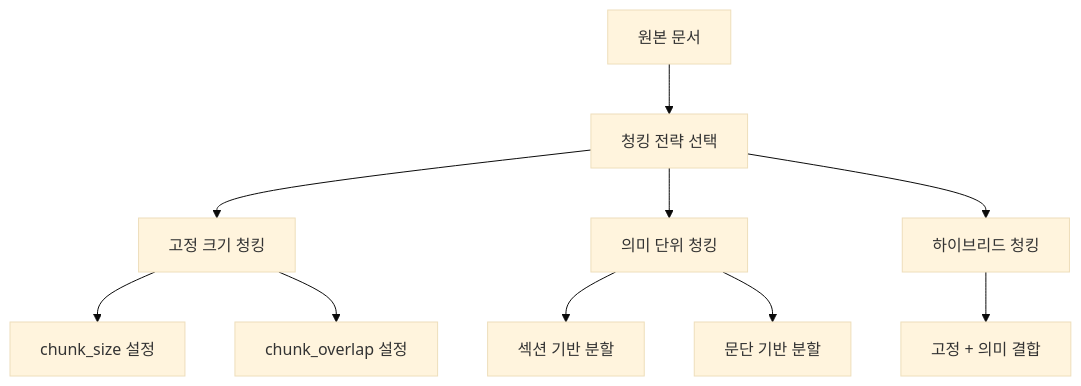
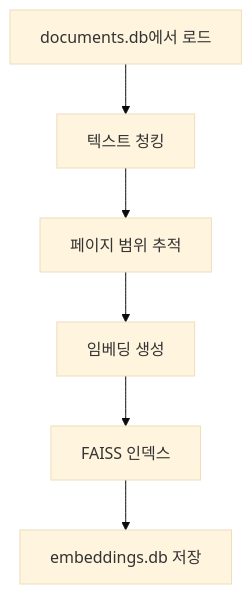
One commit to c0z0c/codeit_ai_g2b_search changed the fourth of 8 diagrams in docs/doc/RAG_PEP_프로젝트_가이드.md. Above: the diagram before and after it, drawn with Mermaid (base theme). The commit also changed other lines of this file and 12 other files, not shown here.

````diff
--- a/docs/doc/RAG_PEP_프로젝트_가이드.md
+++ b/docs/doc/RAG_PEP_프로젝트_가이드.md
@@ -286,15 +439,8 @@
 ```mermaid
 graph TD
-    A["원본 문서"] --> B["청킹 전략 선택"]
-    B --> C["고정 크기 청킹"]
-    B --> D["의미 단위 청킹"]
-    B --> E["하이브리드 청킹"]
-    
-    C --> F["chunk_size 설정"]
-    C --> G["chunk_overlap 설정"]
-    
-    D --> H["섹션 기반 분할"]
-    D --> I["문단 기반 분할"]
-    
-    E --> J["고정 + 의미 결합"]
+    A["documents.db에서 로드"] --> B["텍스트 청킹"]
+    B --> C["페이지 범위 추적"]
+    C --> D["임베딩 생성"]
+    D --> E["FAISS 인덱스"]
+    E --> F["embeddings.db 저장"]
 ```
````
